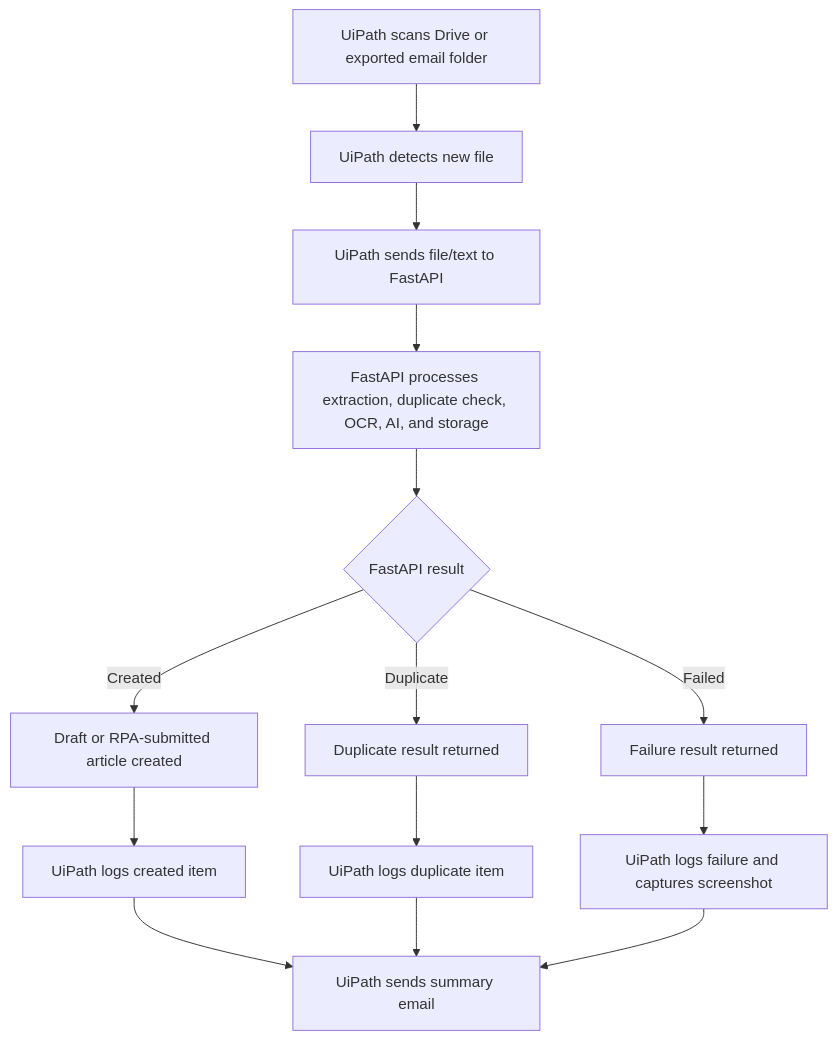
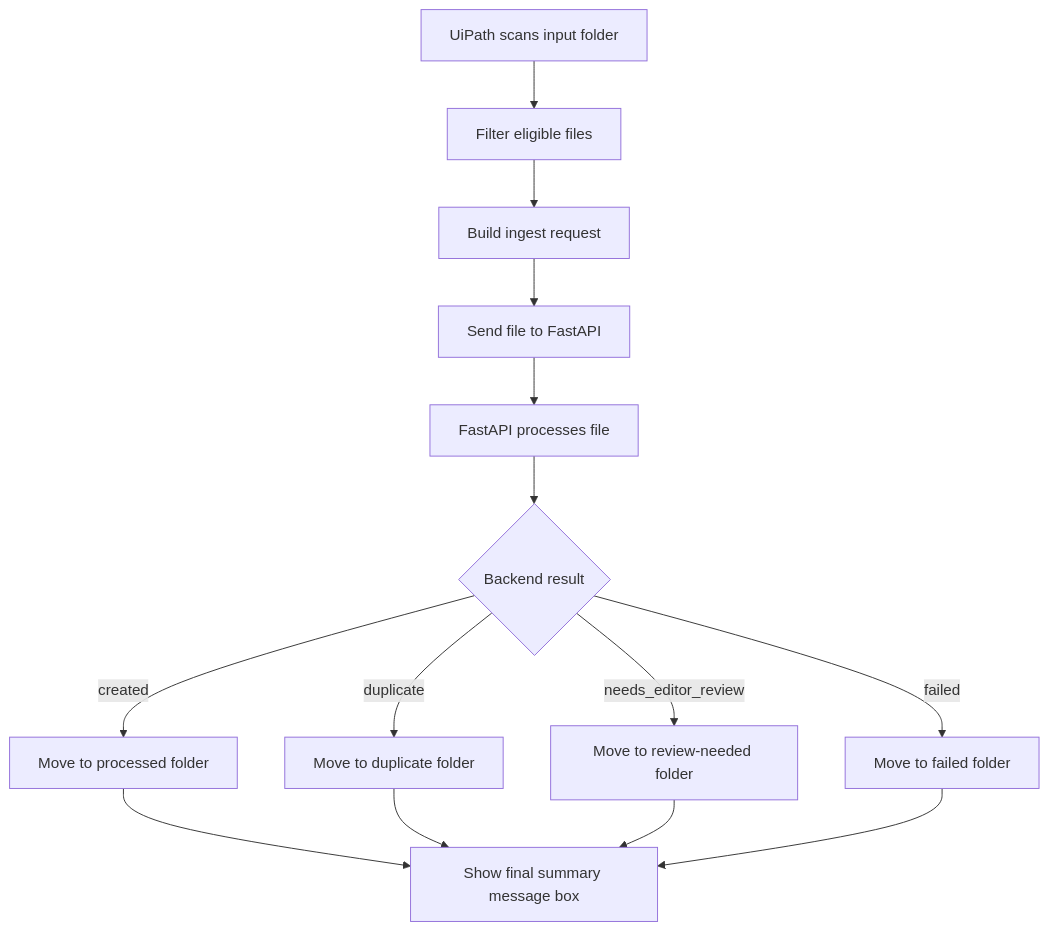
One commit to zhengyu89/dhl-kb-automation changed the second of 2 diagrams in docs/system_design.md. Above: the diagram before and after it, drawn with Mermaid. The commit also changed other lines of this file and 2 other files, not shown here.

Commit message:
Refactor UiPath setup guide to align with current DHL Knowledge Base Automation implementation. Streamline roles and responsibilities, clarify workflow steps, and update configuration details. Remove outdated sections and enhance clarity on backend interactions and error handling.

````diff
--- a/docs/system_design.md
+++ b/docs/system_design.md
@@ -239,16 +117,16 @@
 ```mermaid
 flowchart TD
-    A[UiPath scans Drive or exported email folder] --> B[UiPath detects new file]
-    B --> C[UiPath sends file/text to FastAPI]
-    C --> D[FastAPI processes extraction, duplicate check, OCR, AI, and storage]
-    D --> E{FastAPI result}
-    E -->|Created| F[Draft or RPA-submitted article created]
-    E -->|Duplicate| G[Duplicate result returned]
-    E -->|Failed| H[Failure result returned]
-    F --> I[UiPath logs created item]
-    G --> J[UiPath logs duplicate item]
-    H --> K[UiPath logs failure and captures screenshot]
-    I --> L[UiPath sends summary email]
-    J --> L
-    K --> L
+    A[UiPath scans input folder] --> B[Filter eligible files]
+    B --> C[Build ingest request]
+    C --> D[Send file to FastAPI]
+    D --> E[FastAPI processes file]
+    E --> F{Backend result}
+    F -->|created| G[Move to processed folder]
+    F -->|duplicate| H[Move to duplicate folder]
+    F -->|needs_editor_review| I[Move to review-needed folder]
+    F -->|failed| J[Move to failed folder]
+    G --> K[Show final summary message box]
+    H --> K
+    I --> K
+    J --> K
 ```
````
